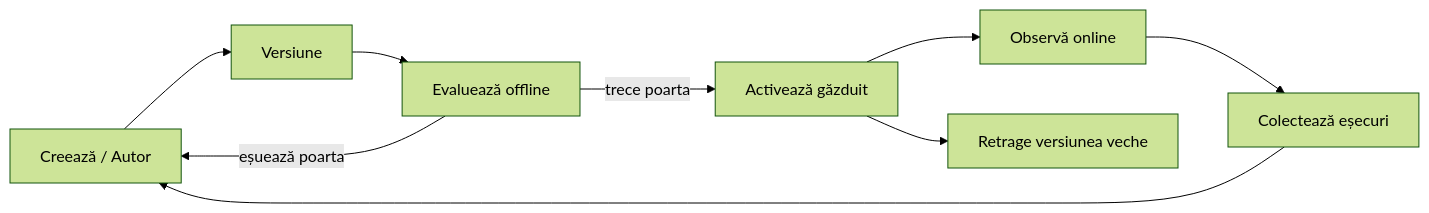
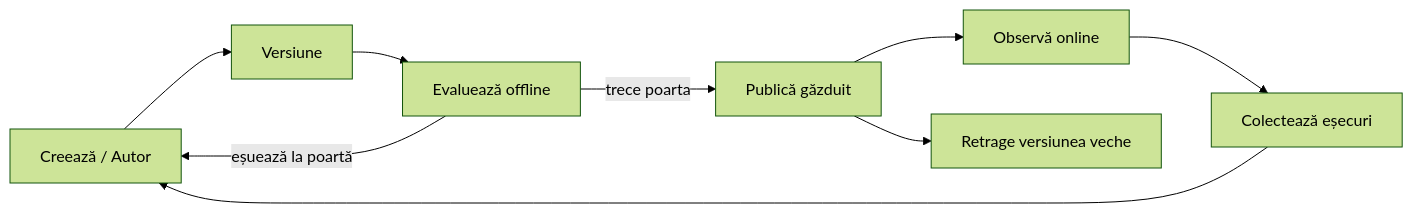
The second of 4 diagrams in mirrors/repos/microsoft@ai-agents-for-beginners/translations/ro/16-deploying-scalable-agents/README.md (gabrielmoreira/agent-skills-mirror), drawn with Mermaid (forest theme) before and after one commit. The commit also changed other lines of this file and 3581 other files, not shown here.

````diff
--- a/mirrors/repos/microsoft@ai-agents-for-beginners/translations/ro/16-deploying-scalable-agents/README.md
+++ b/mirrors/repos/microsoft@ai-agents-for-beginners/translations/ro/16-deploying-scalable-agents/README.md
@@ -108,11 +108,11 @@
 ```mermaid
 flowchart LR
     Create[Creează / Autor] --> Version[Versiune]
     Version --> Evaluate[Evaluează offline]
-    Evaluate -->|trece poarta| Deploy[Activează găzduit]
-    Evaluate -->|eșuează poarta| Create
+    Evaluate -->|trece poarta| Deploy[Publică găzduit]
+    Evaluate -->|eșuează la poartă| Create
     Deploy --> Observe[Observă online]
     Observe --> Improve[Colectează eșecuri]
     Improve --> Create
     Deploy --> Retire[Retrage versiunea veche]
 ```
````
